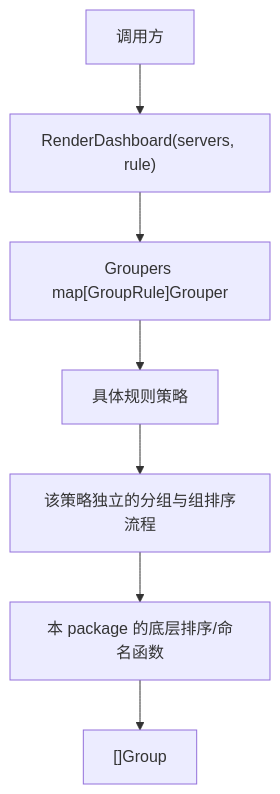
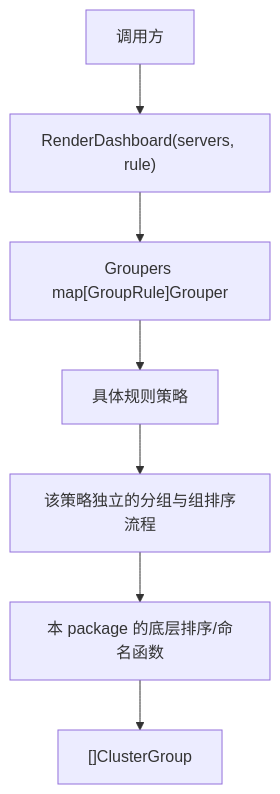
One commit to musicalzhu/dashboardService changed the diagram in purestrategy/README.md. Above: the diagram before and after it, drawn with Mermaid. The commit also changed other lines of this file and 27 other files, not shown here.

````diff
--- a/purestrategy/README.md
+++ b/purestrategy/README.md
@@ -10,9 +10,9 @@
 ```mermaid
 flowchart TD
     Caller["调用方"] --> Dispatch["RenderDashboard(servers, rule)"]
     Dispatch --> Registry["Groupers map[GroupRule]Grouper"]
     Registry --> Impl["具体规则策略"]
     Impl --> Full["该策略独立的分组与组排序流程"]
     Full --> Shared["本 package 的底层排序/命名函数"]
-    Shared --> Result["[]Group"]
+    Shared --> Result["[]ClusterGroup"]
 ```
````
